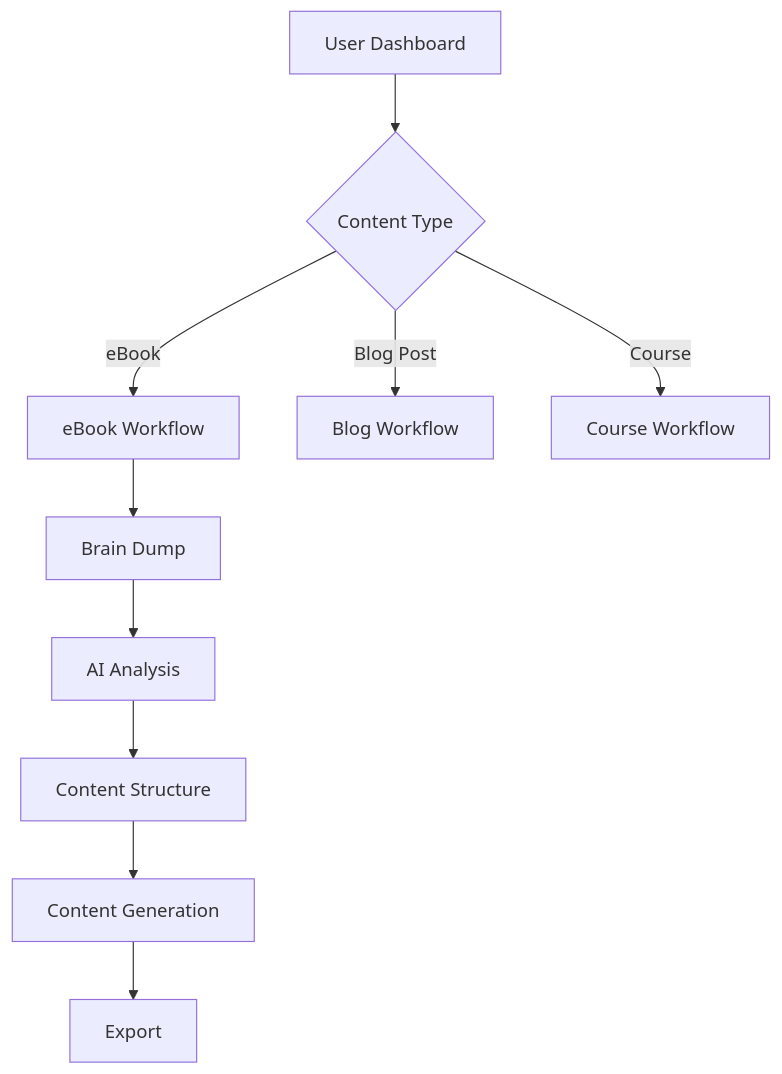
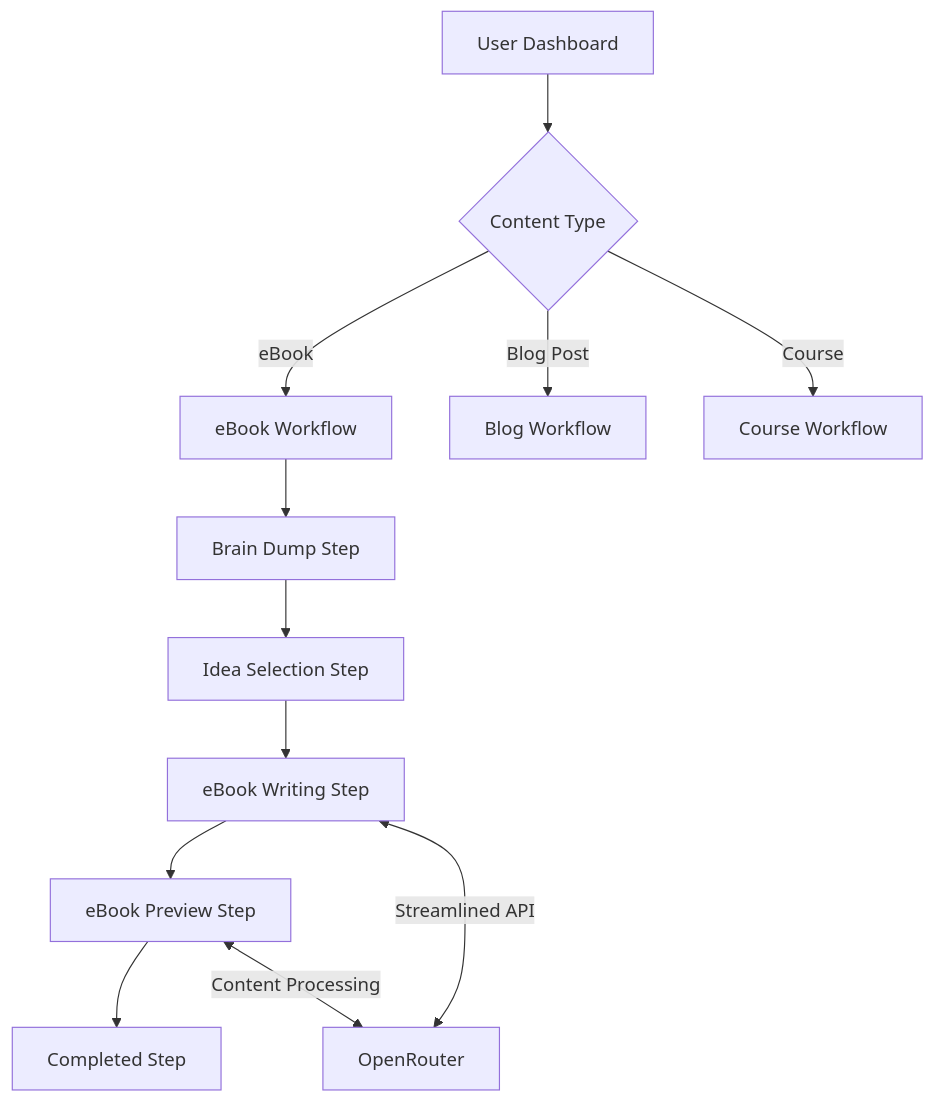
The second of 5 diagrams in CLAUDE.md (MatthewSabia1/Autopen), drawn with Mermaid before and after one commit. The commit also changed other lines of this file and 25 other files, not shown here.

````diff
--- a/CLAUDE.md
+++ b/CLAUDE.md
@@ -63,13 +65,17 @@
 ```mermaid
 flowchart TD
     A[User Dashboard] --> B{Content Type}
     B -->|eBook| C[eBook Workflow]
     B -->|Blog Post| D[Blog Workflow]
     B -->|Course| E[Course Workflow]
     
-    C --> F[Brain Dump]
-    F --> G[AI Analysis]
-    G --> H[Content Structure]
-    H --> I[Content Generation]
-    I --> J[Export]
+    C --> F[Brain Dump Step]
+    F --> G[Idea Selection Step]
+    G --> H[eBook Writing Step]
+    H --> I[eBook Preview Step]
+    I --> J[Completed Step]
+    
+    %% Enhanced OpenRouter Integration
+    H <-->|Streamlined API| K[OpenRouter]
+    I <-->|Content Processing| K
 ```
````
